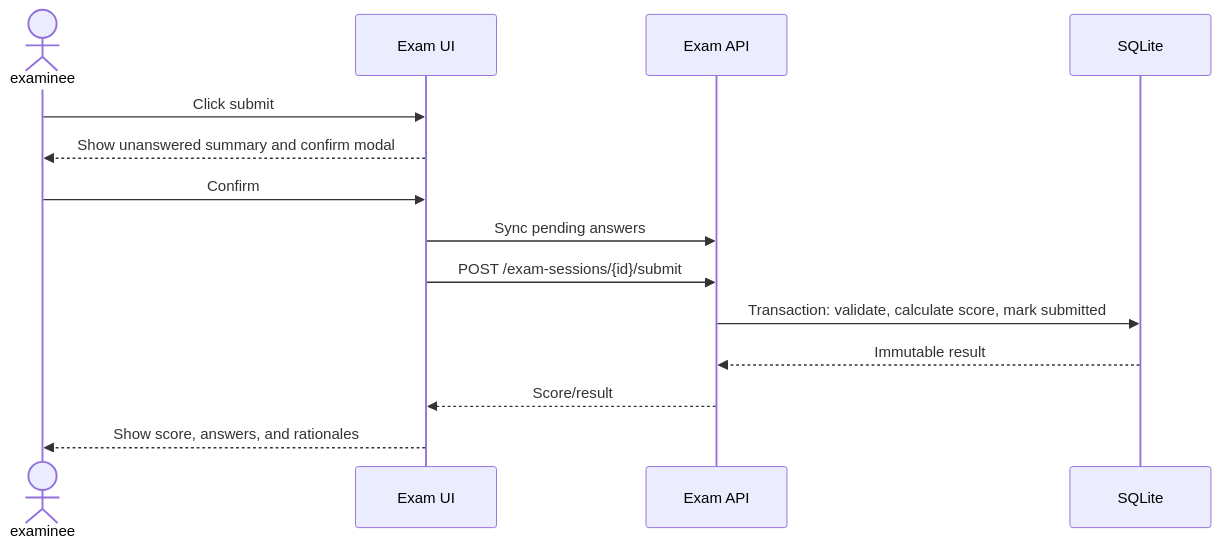
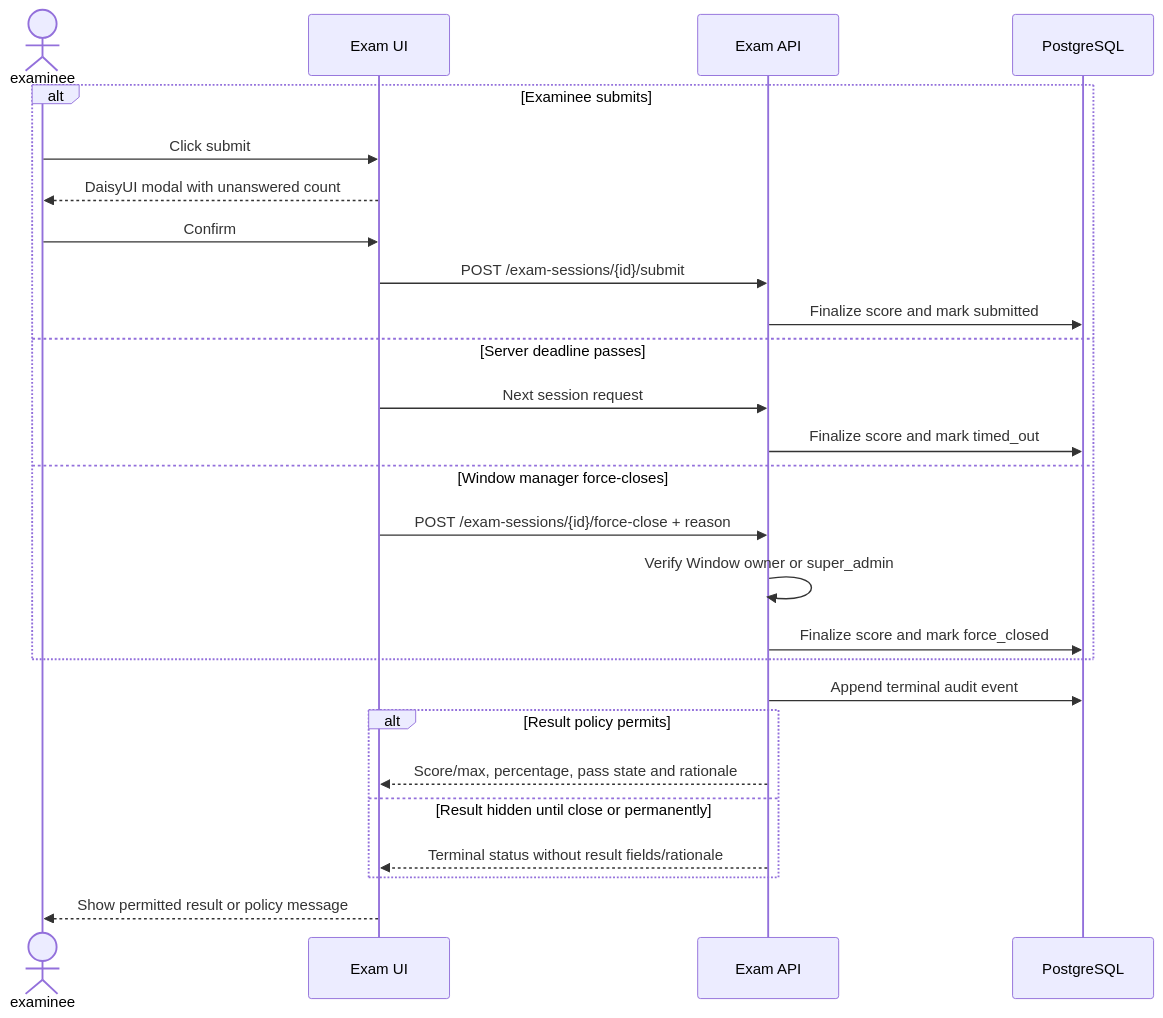
One commit to idev006/MTExam changed diagram 18 of 21 in doc/workflows/use-case-sequence-diagrams.md. Above: the diagram before and after it, drawn with Mermaid. The commit also changed other lines of this file and 25 other files, not shown here.

````diff
--- a/doc/workflows/use-case-sequence-diagrams.md
+++ b/doc/workflows/use-case-sequence-diagrams.md
@@ -342,16 +342,28 @@
 ```mermaid
 sequenceDiagram
     actor X as examinee
     participant UI as Exam UI
     participant API as Exam API
-    participant DB as SQLite
-    X->>UI: Click submit
-    UI-->>X: Show unanswered summary and confirm modal
-    X->>UI: Confirm
-    UI->>API: Sync pending answers
-    UI->>API: POST /exam-sessions/{id}/submit
-    API->>DB: Transaction: validate, calculate score, mark submitted
-    DB-->>API: Immutable result
-    API-->>UI: Score/result
-    UI-->>X: Show score, answers, and rationales
+    participant DB as PostgreSQL
+    alt Examinee submits
+        X->>UI: Click submit
+        UI-->>X: DaisyUI modal with unanswered count
+        X->>UI: Confirm
+        UI->>API: POST /exam-sessions/{id}/submit
+        API->>DB: Finalize score and mark submitted
+    else Server deadline passes
+        UI->>API: Next session request
+        API->>DB: Finalize score and mark timed_out
+    else Window manager force-closes
+        UI->>API: POST /exam-sessions/{id}/force-close + reason
+        API->>API: Verify Window owner or super_admin
+        API->>DB: Finalize score and mark force_closed
+    end
+    API->>DB: Append terminal audit event
+    alt Result policy permits
+        API-->>UI: Score/max, percentage, pass state and rationale
+    else Result hidden until close or permanently
+        API-->>UI: Terminal status without result fields/rationale
+    end
+    UI-->>X: Show permitted result or policy message
 ```
````
